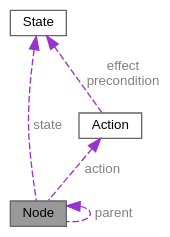
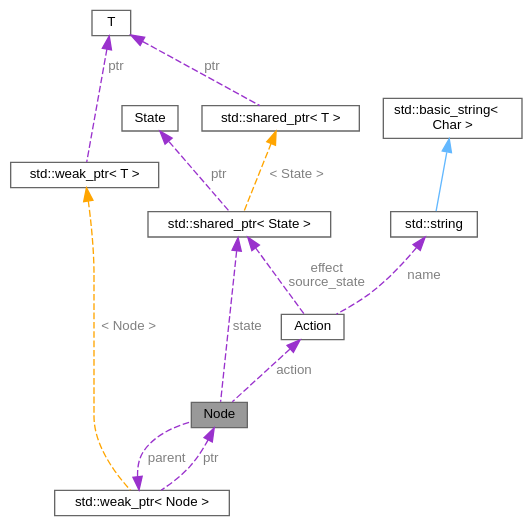
The diagram in classNode__coll__graph.dot (velocitatem/Symphony), drawn with Graphviz before and after one commit. The commit also changed 67 other files, not shown here.

```diff
--- a/classNode__coll__graph.dot
+++ b/classNode__coll__graph.dot
@@ -1,15 +1,30 @@
 digraph "Node"
 {
  // INTERACTIVE_SVG=YES
  // LATEX_PDF_SIZE
   bgcolor="transparent";
   edge [fontname=Helvetica,fontsize=10,labelfontname=Helvetica,labelfontsize=10];
   node [fontname=Helvetica,fontsize=10,shape=box,height=0.2,width=0.4];
   Node1 [id="Node000001",label="Node",height=0.2,width=0.4,color="gray40", fillcolor="grey60", style="filled", fontcolor="black",tooltip=" "];
-  Node1 -> Node1 [id="edge1_Node000001_Node000001",dir="back",color="darkorchid3",style="dashed",tooltip=" ",label=" parent",fontcolor="grey" ];
-  Node2 -> Node1 [id="edge2_Node000001_Node000002",dir="back",color="darkorchid3",style="dashed",tooltip=" ",label=" state",fontcolor="grey" ];
-  Node2 [id="Node000002",label="State",height=0.2,width=0.4,color="gray40", fillcolor="white", style="filled",URL="$classState.html",tooltip="Represents an abstract state in a problem."];
-  Node3 -> Node1 [id="edge3_Node000001_Node000003",dir="back",color="darkorchid3",style="dashed",tooltip=" ",label=" action",fontcolor="grey" ];
-  Node3 [id="Node000003",label="Action",height=0.2,width=0.4,color="gray40", fillcolor="white", style="filled",URL="$classAction.html",tooltip="Represents an abstract action that can be performed on a state."];
-  Node2 -> Node3 [id="edge4_Node000003_Node000002",dir="back",color="darkorchid3",style="dashed",tooltip=" ",label=" effect\nprecondition",fontcolor="grey" ];
+  Node2 -> Node1 [id="edge1_Node000001_Node000002",dir="back",color="darkorchid3",style="dashed",tooltip=" ",label=" parent",fontcolor="grey" ];
+  Node2 [id="Node000002",label="std::weak_ptr\< Node \>",height=0.2,width=0.4,color="gray40", fillcolor="white", style="filled",tooltip=" "];
+  Node1 -> Node2 [id="edge2_Node000002_Node000001",dir="back",color="darkorchid3",style="dashed",tooltip=" ",label=" ptr",fontcolor="grey" ];
+  Node3 -> Node2 [id="edge3_Node000002_Node000003",dir="back",color="orange",style="dashed",tooltip=" ",label=" \< Node \>",fontcolor="grey" ];
+  Node3 [id="Node000003",label="std::weak_ptr\< T \>",height=0.2,width=0.4,color="gray40", fillcolor="white", style="filled",tooltip=" "];
+  Node4 -> Node3 [id="edge4_Node000003_Node000004",dir="back",color="darkorchid3",style="dashed",tooltip=" ",label=" ptr",fontcolor="grey" ];
+  Node4 [id="Node000004",label="T",height=0.2,width=0.4,color="gray40", fillcolor="white", style="filled",tooltip=" "];
+  Node5 -> Node1 [id="edge5_Node000001_Node000005",dir="back",color="darkorchid3",style="dashed",tooltip=" ",label=" state",fontcolor="grey" ];
+  Node5 [id="Node000005",label="std::shared_ptr\< State \>",height=0.2,width=0.4,color="gray40", fillcolor="white", style="filled",tooltip=" "];
+  Node6 -> Node5 [id="edge6_Node000005_Node000006",dir="back",color="darkorchid3",style="dashed",tooltip=" ",label=" ptr",fontcolor="grey" ];
+  Node6 [id="Node000006",label="State",height=0.2,width=0.4,color="gray40", fillcolor="white", style="filled",URL="$classState.html",tooltip="Represents an abstract state in a problem."];
+  Node7 -> Node5 [id="edge7_Node000005_Node000007",dir="back",color="orange",style="dashed",tooltip=" ",label=" \< State \>",fontcolor="grey" ];
+  Node7 [id="Node000007",label="std::shared_ptr\< T \>",height=0.2,width=0.4,color="gray40", fillcolor="white", style="filled",tooltip=" "];
+  Node4 -> Node7 [id="edge8_Node000007_Node000004",dir="back",color="darkorchid3",style="dashed",tooltip=" ",label=" ptr",fontcolor="grey" ];
+  Node8 -> Node1 [id="edge9_Node000001_Node000008",dir="back",color="darkorchid3",style="dashed",tooltip=" ",label=" action",fontcolor="grey" ];
+  Node8 [id="Node000008",label="Action",height=0.2,width=0.4,color="gray40", fillcolor="white", style="filled",URL="$classAction.html",tooltip="Represents an abstract action that can be performed on a state."];
+  Node9 -> Node8 [id="edge10_Node000008_Node000009",dir="back",color="darkorchid3",style="dashed",tooltip=" ",label=" name",fontcolor="grey" ];
+  Node9 [id="Node000009",label="std::string",height=0.2,width=0.4,color="gray40", fillcolor="white", style="filled",tooltip=" "];
+  Node10 -> Node9 [id="edge11_Node000009_Node000010",dir="back",color="steelblue1",style="solid",tooltip=" "];
+  Node10 [id="Node000010",label="std::basic_string\<\l Char \>",height=0.2,width=0.4,color="gray40", fillcolor="white", style="filled",tooltip=" "];
+  Node5 -> Node8 [id="edge12_Node000008_Node000005",dir="back",color="darkorchid3",style="dashed",tooltip=" ",label=" effect\nsource_state",fontcolor="grey" ];
 }
```
